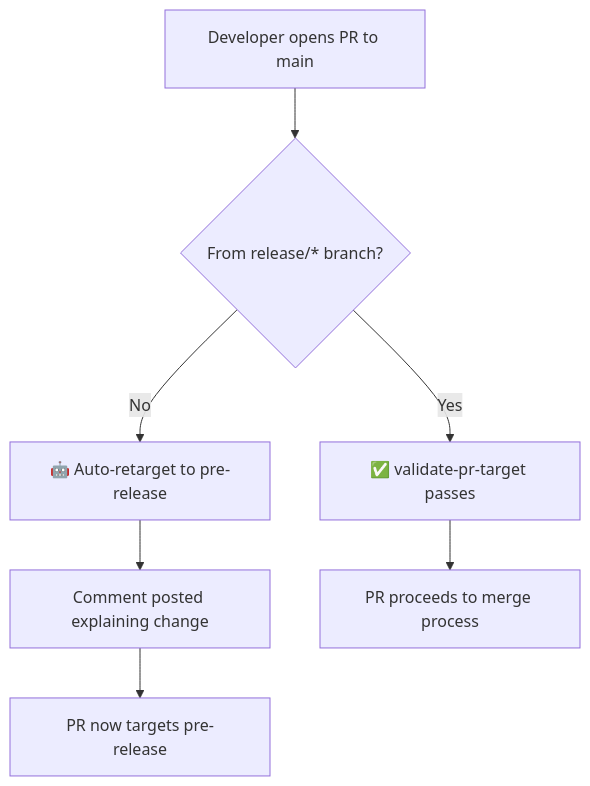
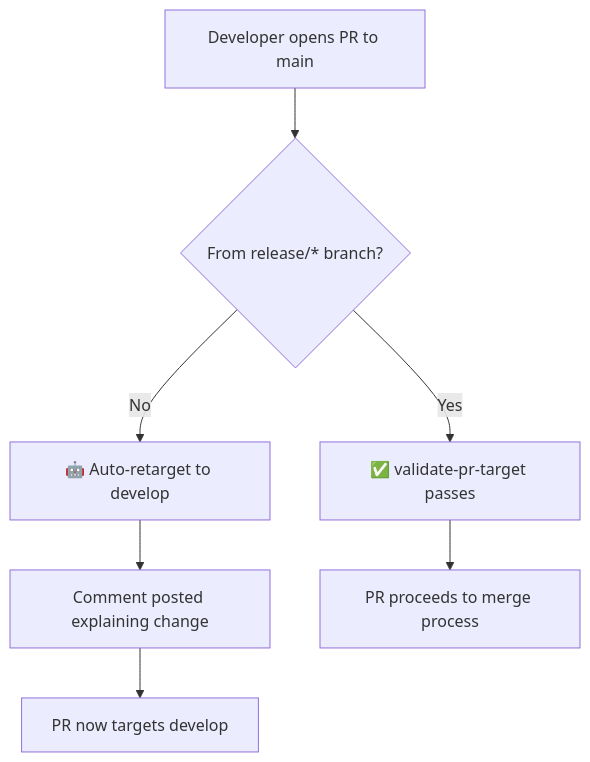
Before and after one commit to mattwise-42/OpenToken: the third of 3 diagrams in .github/WORKFLOW_DIAGRAM.md, drawn with Mermaid. The commit also changed other lines of this file and 9 other files, not shown here.

Commit message:
Rename pre-release branch to develop throughout codebase

````diff
--- a/.github/WORKFLOW_DIAGRAM.md
+++ b/.github/WORKFLOW_DIAGRAM.md
@@ -59,9 +59,9 @@
 ```mermaid
 graph TB
     A[Developer opens PR to main] --> B{From release/* branch?}
     B -->|Yes| C[✅ validate-pr-target passes]
-    B -->|No| D[🤖 Auto-retarget to pre-release]
+    B -->|No| D[🤖 Auto-retarget to develop]
     D --> E[Comment posted explaining change]
-    E --> F[PR now targets pre-release]
+    E --> F[PR now targets develop]
     C --> G[PR proceeds to merge process]
 ```
````
